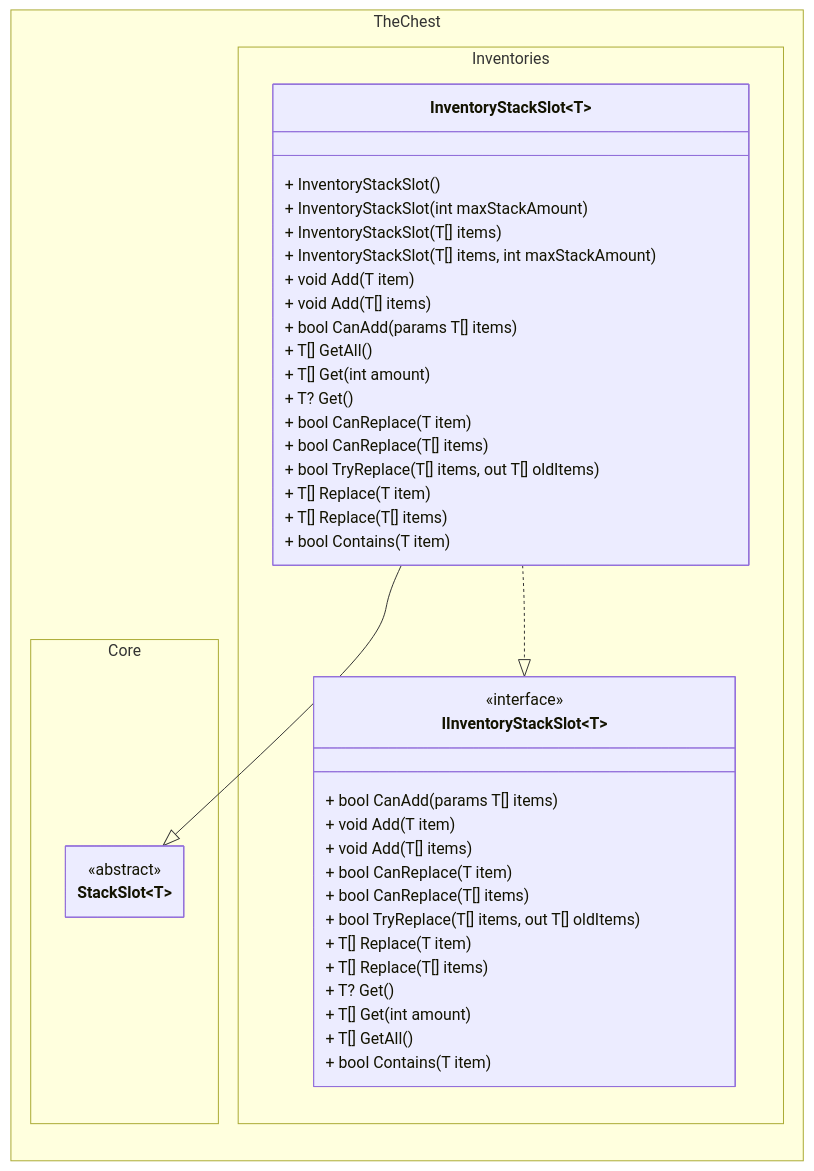
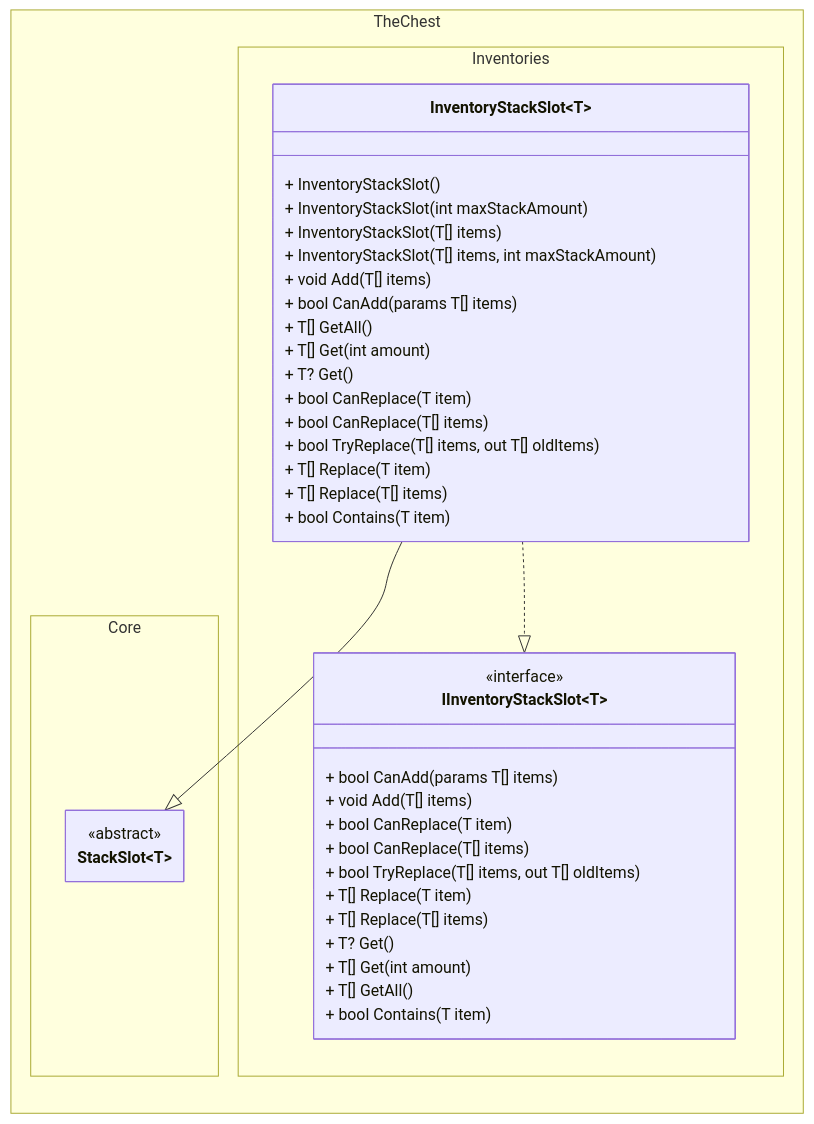
The second of 2 diagrams in docs/stack_inventory/class_diagram.md (The-Chest/TheChest.Inventories), drawn with Mermaid before and after one commit. The commit also changed other lines of this file and 4 other files, not shown here.

````diff
--- a/docs/stack_inventory/class_diagram.md
+++ b/docs/stack_inventory/class_diagram.md
@@ -135,64 +134,62 @@
 ```mermaid
 ---
 config:
   theme: mc
   look: classic
   class:
     hideEmptyMembersBox: true
 ---
 classDiagram
 direction BT
 
 namespace TheChest.Core {
     class StackSlot~T~ {
     }
 }
 <<abstract>> StackSlot
 
 namespace TheChest.Inventories {
     class IInventoryStackSlot~T~ {
         + bool CanAdd(params T[] items)
-        + void Add(T item)
         + void Add(T[] items)
 
         + bool CanReplace(T item)
         + bool CanReplace(T[] items)
         + bool TryReplace(T[] items, out T[] oldItems)
         + T[] Replace(T item)
         + T[] Replace(T[] items)
 
         + T? Get()
         + T[] Get(int amount)
         + T[] GetAll()
 
         + bool Contains(T item)
     }
 
     class InventoryStackSlot~T~ {
         + InventoryStackSlot()
         + InventoryStackSlot(int maxStackAmount)
         + InventoryStackSlot(T[] items)
         + InventoryStackSlot(T[] items, int maxStackAmount)
         
-        + void Add(T item)
         + void Add(T[] items)
         + bool CanAdd(params T[] items)
         
         + T[] GetAll()
         + T[] Get(int amount)
         + T? Get()
         
         + bool CanReplace(T item)
         + bool CanReplace(T[] items)
         + bool TryReplace(T[] items, out T[] oldItems)
         + T[] Replace(T item)
         + T[] Replace(T[] items)
         
         + bool Contains(T item)
     }
 }
 
 <<interface>> IInventoryStackSlot
 InventoryStackSlot~T~ --|>  StackSlot~T~
 InventoryStackSlot~T~ ..|> IInventoryStackSlot~T~ 
 ```
````
